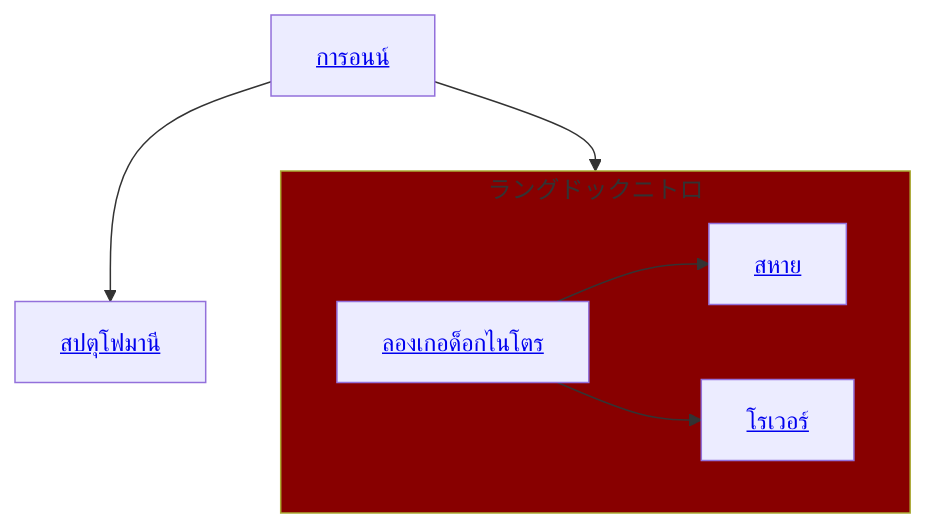
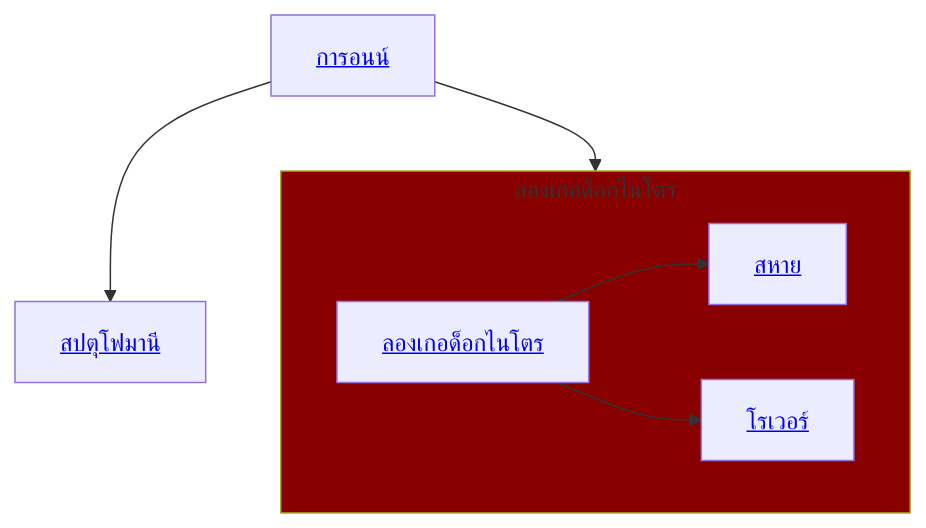
The diagram in README_TH.md (Septimania/septimania), drawn with Mermaid before and after one commit.

````diff
--- a/README_TH.md
+++ b/README_TH.md
@@ -122,13 +122,13 @@
 ```mermaid
   graph TD
       A["<a href="https://synologygaronne.wixsite.com/synologygaronne">การอนน์</a>"]
-      subgraph NITRO [ラングドックニトロ]
+      subgraph NITRO [ลองเกอด็อกไนโตร]
       B["<a href="https://languedocnitro.wixsite.com/languedoc-nitro">ลองเกอด็อกไนโตร</a>"]
       B --> C["<a href="https://languedocnitro.wixsite.com/compagnon">สหาย</a>"]
       B --> D["<a href="https://languedocnitro.wixsite.com/rover">โรเวอร์</a>"]
       end
       A --> NITRO
       A --> E["<a href="https://septufmanie.wixsite.com/septufmanie">สปตุโฟมานี</a>"]
 
       style NITRO fill:#800
 ```
````
